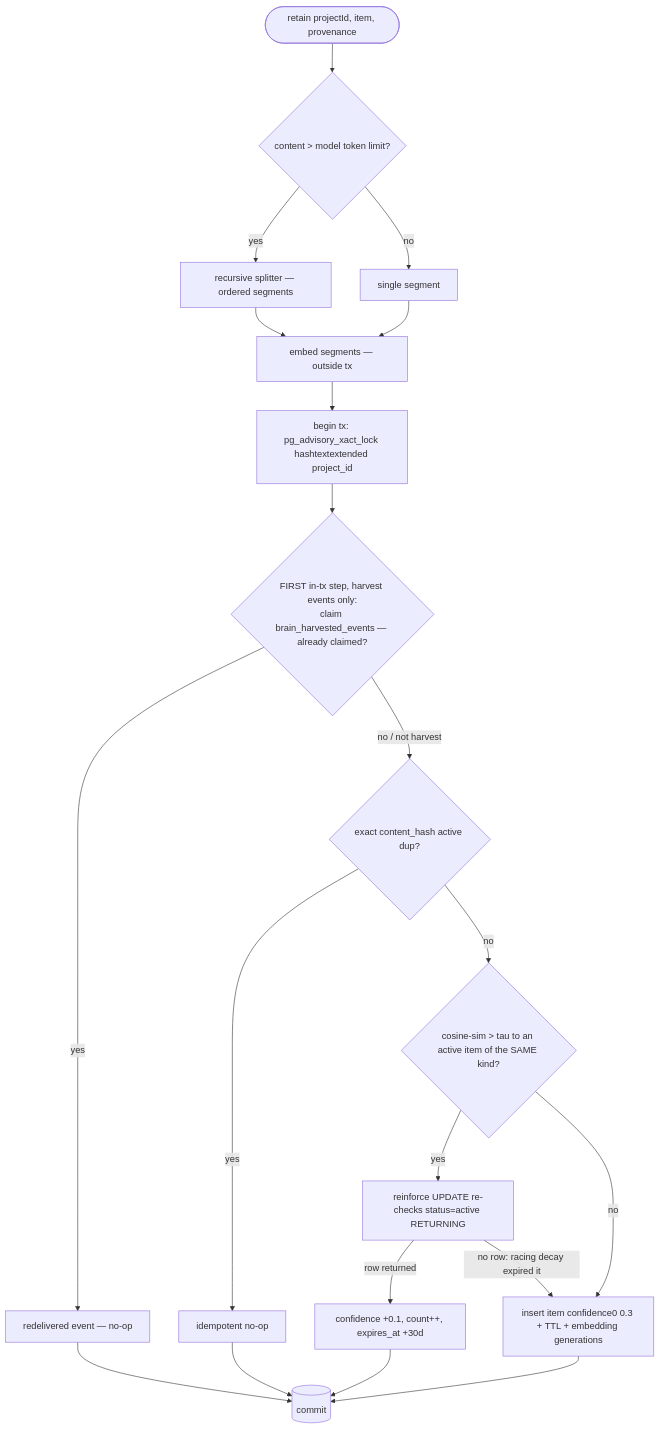
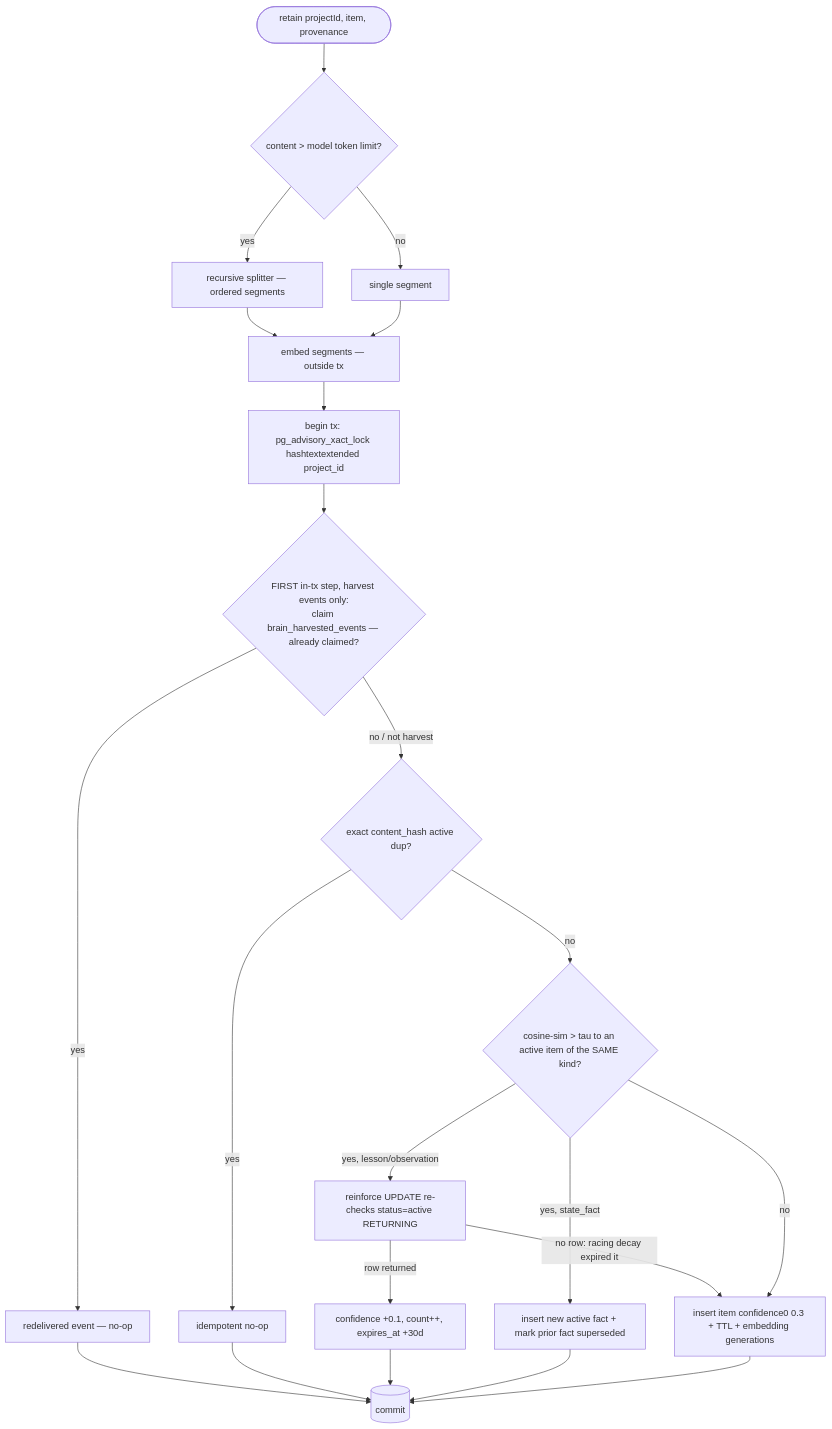
One commit to maister-dev/maister changed the fourth of 10 diagrams in docs/system-analytics/project-brain.md. Above: the diagram before and after it, drawn with Mermaid. The commit also changed other lines of this file and 24 other files, not shown here.

````diff
--- a/docs/system-analytics/project-brain.md
+++ b/docs/system-analytics/project-brain.md
@@ -196,22 +200,24 @@
 ```mermaid
 flowchart TD
     S([retain projectId, item, provenance]) --> OV{content > model token limit?}
     OV -- yes --> SPL[recursive splitter — ordered segments]
     OV -- no --> ONE[single segment]
     SPL --> EMB[embed segments — outside tx]
     ONE --> EMB
     EMB --> TX[begin tx: pg_advisory_xact_lock hashtextextended project_id]
     TX --> LED{FIRST in-tx step, harvest events only:<br/>claim brain_harvested_events — already claimed?}
     LED -- yes --> RED[redelivered event — no-op]
     LED -- no / not harvest --> HASH{exact content_hash active dup?}
     HASH -- yes --> NOOP[idempotent no-op]
     HASH -- no --> NEAR{cosine-sim > tau to an active item of the SAME kind?}
-    NEAR -- yes --> REIN[reinforce UPDATE re-checks status=active RETURNING]
+    NEAR -- yes, lesson/observation --> REIN[reinforce UPDATE re-checks status=active RETURNING]
+    NEAR -- yes, state_fact --> SUP[insert new active fact + mark prior fact superseded]
     REIN -- row returned --> OK[confidence +0.1, count++, expires_at +30d]
     REIN -- no row: racing decay expired it --> INS
     NEAR -- no --> INS[insert item confidence0 0.3 + TTL + embedding generations]
     RED --> COMMIT[(commit)]
     NOOP --> COMMIT
     OK --> COMMIT
+    SUP --> COMMIT
     INS --> COMMIT
 ```
````
